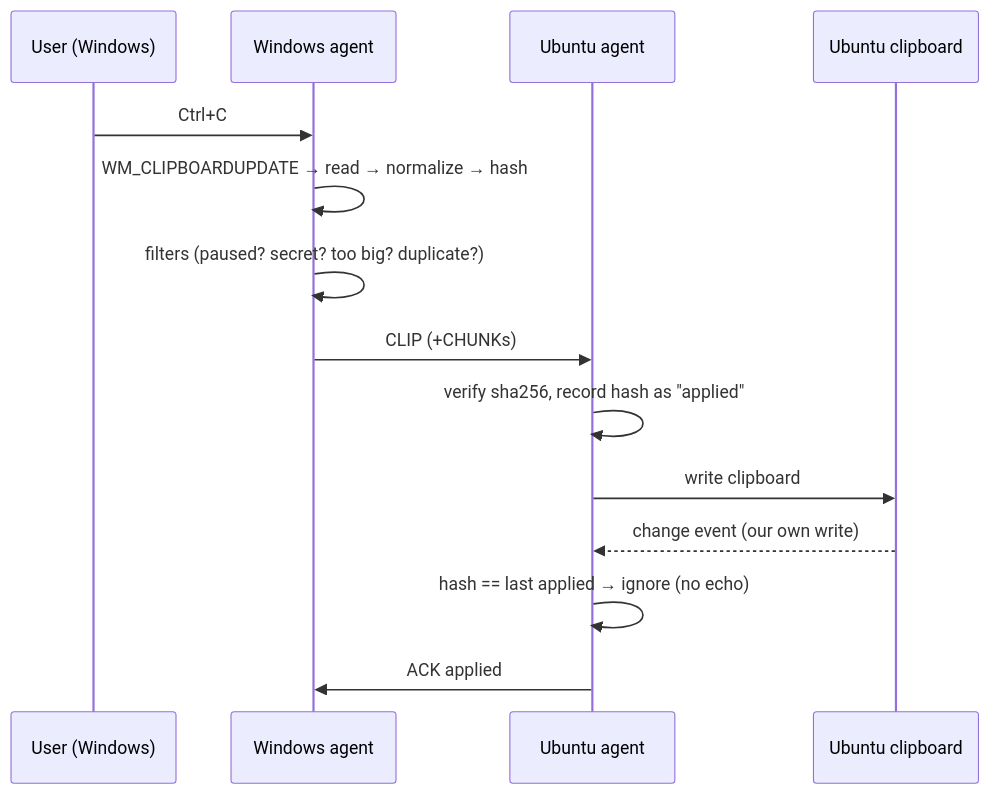
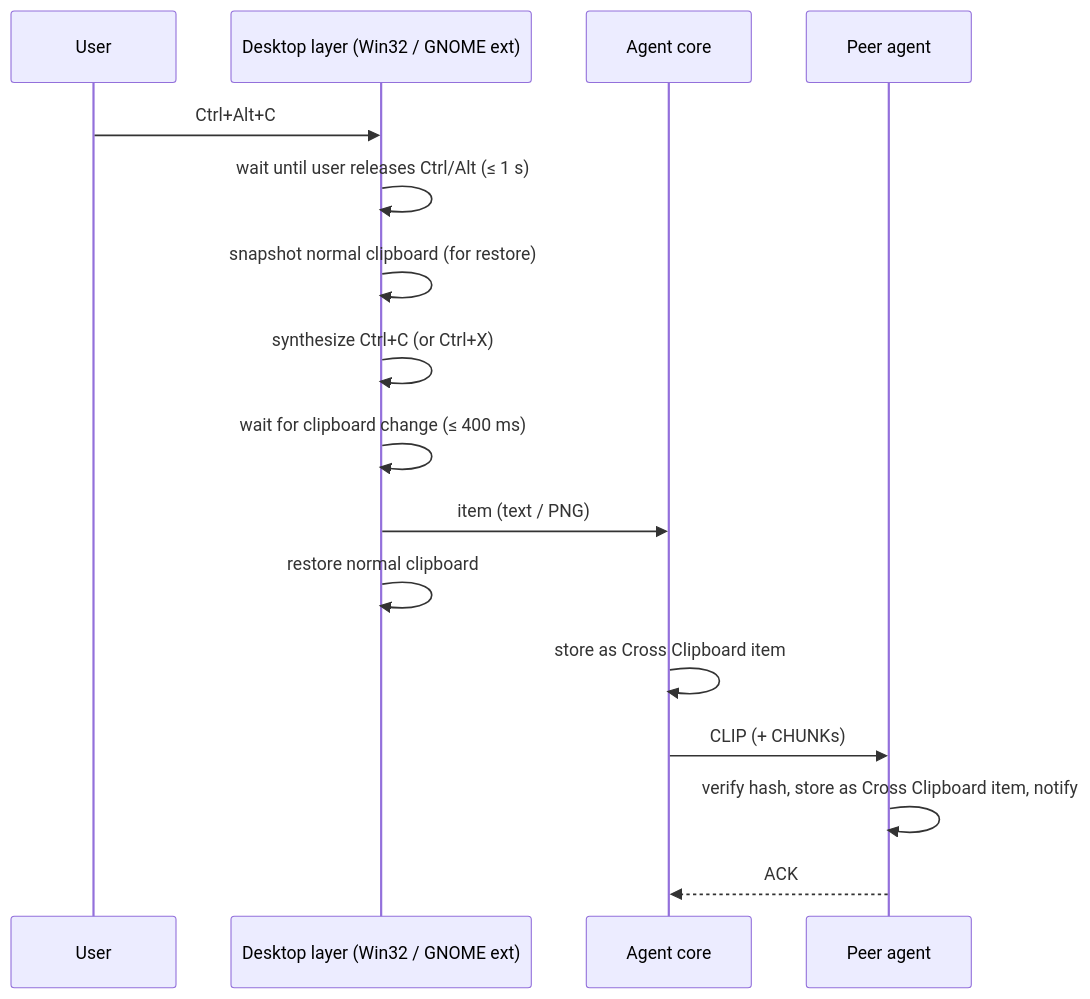
The second of 2 diagrams in docs/DESIGN.md (Eklavya99/Cross-copy-clipboard), drawn with Mermaid before and after one commit. The commit also changed other lines of this file and 1 other file, not shown here.

First line of the commit message:
Revise design: hotkey-driven Cross Clipboard, GNOME Wayland extension

````diff
--- a/docs/DESIGN.md
+++ b/docs/DESIGN.md
@@ -202,16 +117,18 @@
 ```mermaid
 sequenceDiagram
-    participant U as User (Windows)
-    participant W as Windows agent
-    participant L as Ubuntu agent
-    participant C as Ubuntu clipboard
-    U->>W: Ctrl+C
-    W->>W: WM_CLIPBOARDUPDATE → read → normalize → hash
-    W->>W: filters (paused? secret? too big? duplicate?)
-    W->>L: CLIP (+CHUNKs)
-    L->>L: verify sha256, record hash as "applied"
-    L->>C: write clipboard
-    C-->>L: change event (our own write)
-    L->>L: hash == last applied → ignore (no echo)
-    L->>W: ACK applied
+    participant U as User
+    participant D as Desktop layer (Win32 / GNOME ext)
+    participant A as Agent core
+    participant P as Peer agent
+    U->>D: Ctrl+Alt+C
+    D->>D: wait until user releases Ctrl/Alt (≤ 1 s)
+    D->>D: snapshot normal clipboard (for restore)
+    D->>D: synthesize Ctrl+C (or Ctrl+X)
+    D->>D: wait for clipboard change (≤ 400 ms)
+    D->>A: item (text / PNG)
+    D->>D: restore normal clipboard
+    A->>A: store as Cross Clipboard item
+    A->>P: CLIP (+ CHUNKs)
+    P->>P: verify hash, store as Cross Clipboard item, notify
+    P-->>A: ACK
 ```
````
